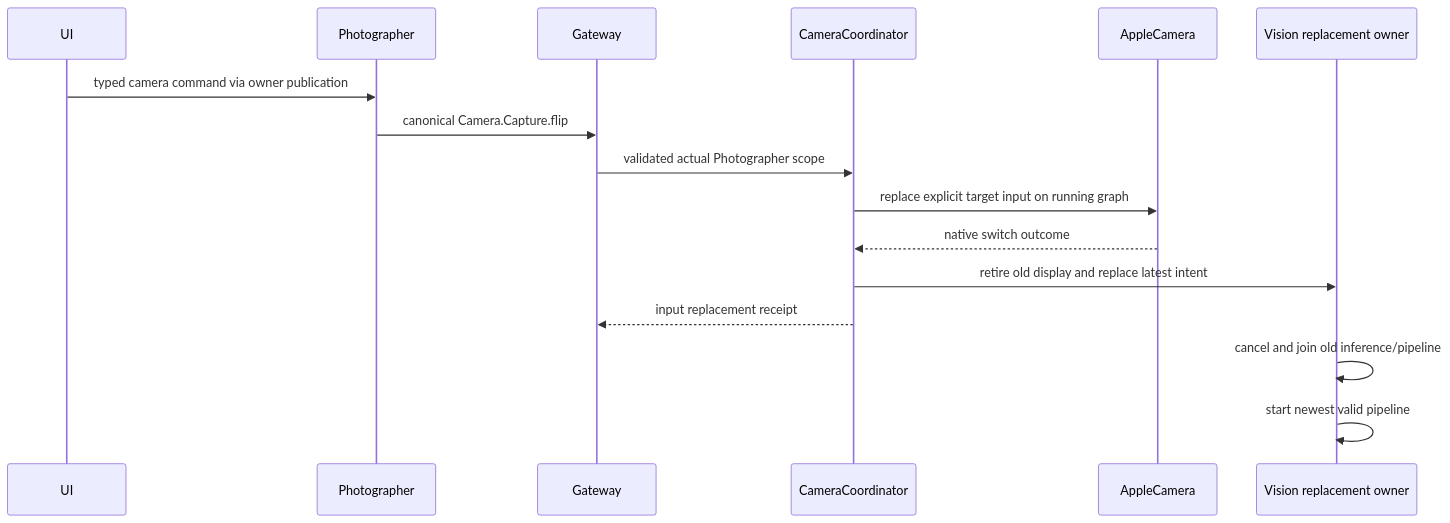
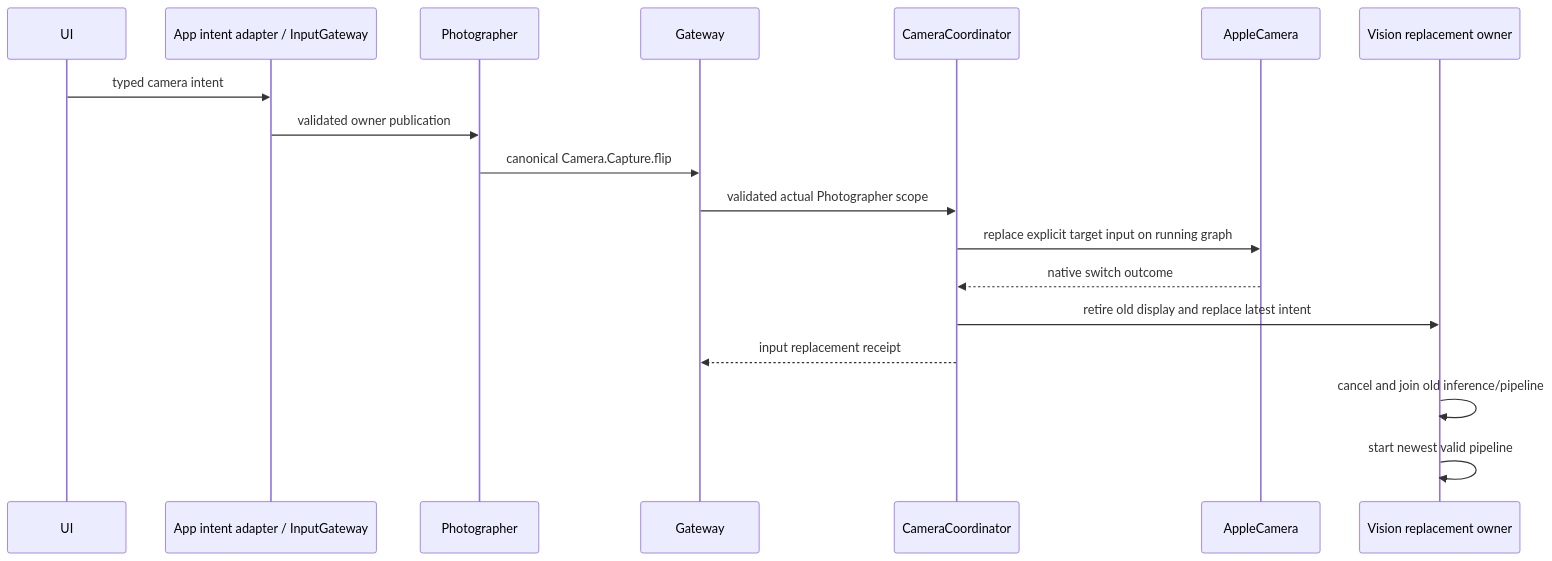
Diagram 19 of 32 in MobileHarness/README.md (devilyouwei/MobileHarness), drawn with Mermaid before and after one commit. The commit also changed other lines of this file and 160 other files, not shown here.

````diff
--- a/MobileHarness/README.md
+++ b/MobileHarness/README.md
@@ -1249,18 +905,20 @@
 ```mermaid
 sequenceDiagram
  participant UI
+ participant App as App intent adapter / InputGateway
  participant Photo as Photographer
  participant Gateway
  participant Camera as CameraCoordinator
  participant Native as AppleCamera
  participant Vision as Vision replacement owner
- UI->>Photo: typed camera command via owner publication
+ UI->>App: typed camera intent
+ App->>Photo: validated owner publication
  Photo->>Gateway: canonical Camera.Capture.flip
  Gateway->>Camera: validated actual Photographer scope
  Camera->>Native: replace explicit target input on running graph
  Native-->>Camera: native switch outcome
  Camera->>Vision: retire old display and replace latest intent
  Camera-->>Gateway: input replacement receipt
  Vision->>Vision: cancel and join old inference/pipeline
  Vision->>Vision: start newest valid pipeline
 ```
````
